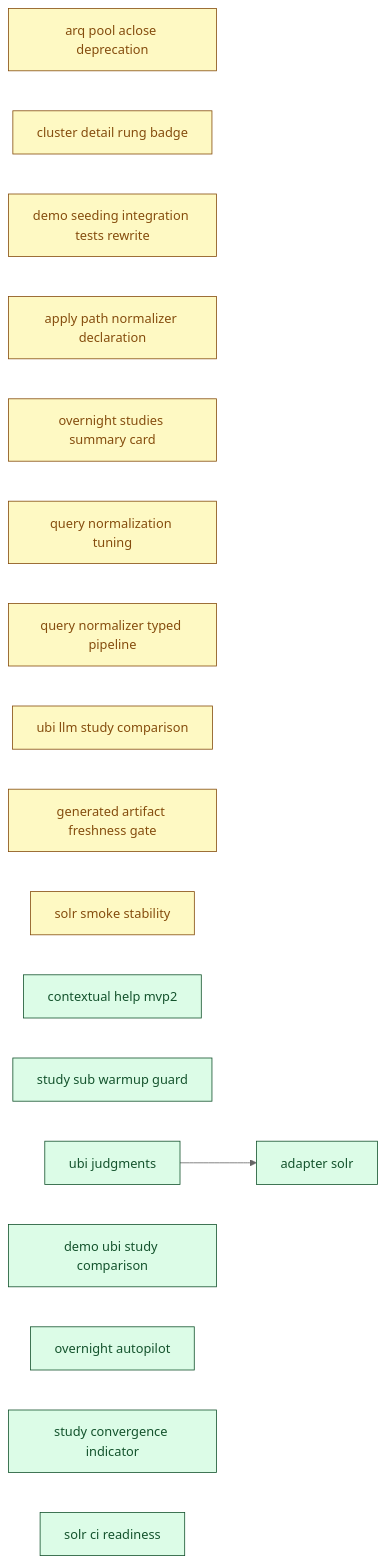
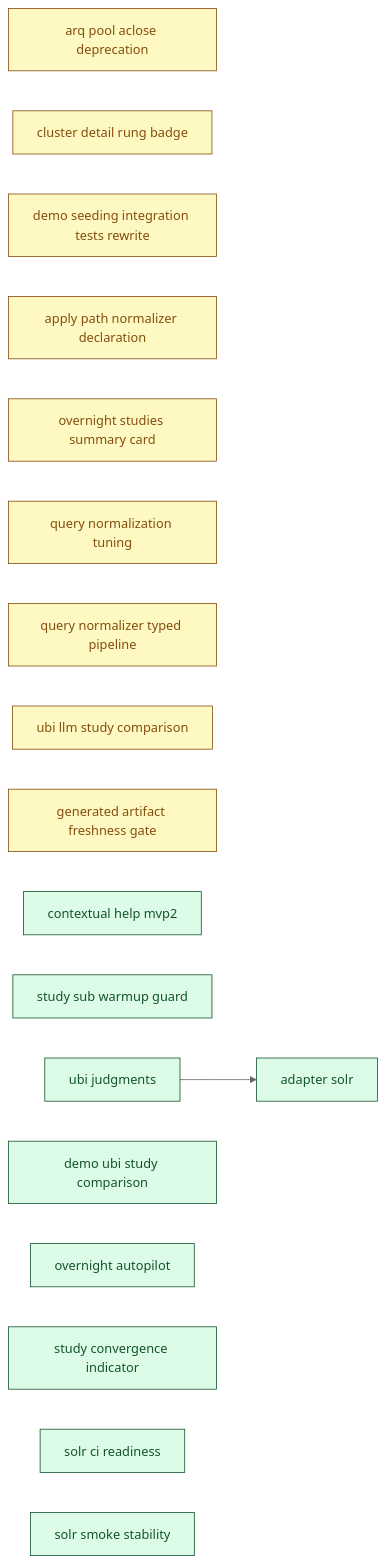
One commit to SoundMindsAI/relyloop changed the diagram in docs/00_overview/MVP2_DASHBOARD.md. Above: the diagram before and after it, drawn with Mermaid (neutral theme). The commit also changed other lines of this file and 10 other files, not shown here.

Commit message:
docs(state): finalize infra_solr_smoke_stability + folder move + dashboards (#385)

````diff
--- a/docs/00_overview/MVP2_DASHBOARD.md
+++ b/docs/00_overview/MVP2_DASHBOARD.md
@@ -104,45 +104,45 @@
 ```mermaid
 graph LR
   classDef done fill:#dcfce7,stroke:#14532d,color:#14532d;
   classDef implement fill:#ffedd5,stroke:#9a3412,color:#9a3412;
   classDef plan fill:#fef9c3,stroke:#854d0e,color:#854d0e;
   classDef spec fill:#dbeafe,stroke:#1e40af,color:#1e40af;
   classDef idea fill:#f1f5f9,stroke:#334155,color:#334155;
   chore_arq_pool_aclose_deprecation["arq pool aclose deprecation"]
   class chore_arq_pool_aclose_deprecation plan;
   chore_cluster_detail_rung_badge["cluster detail rung badge"]
   class chore_cluster_detail_rung_badge plan;
   chore_demo_seeding_integration_tests_rewrite["demo seeding integration tests rewrite"]
   class chore_demo_seeding_integration_tests_rewrite plan;
   feat_apply_path_normalizer_declaration["apply path normalizer declaration"]
   class feat_apply_path_normalizer_declaration plan;
   feat_overnight_studies_summary_card["overnight studies summary card"]
   class feat_overnight_studies_summary_card plan;
   feat_query_normalization_tuning["query normalization tuning"]
   class feat_query_normalization_tuning plan;
   feat_query_normalizer_typed_pipeline["query normalizer typed pipeline"]
   class feat_query_normalizer_typed_pipeline plan;
   feat_ubi_llm_study_comparison["ubi llm study comparison"]
   class feat_ubi_llm_study_comparison plan;
   infra_generated_artifact_freshness_gate["generated artifact freshness gate"]
   class infra_generated_artifact_freshness_gate plan;
-  infra_solr_smoke_stability["solr smoke stability"]
-  class infra_solr_smoke_stability plan;
   feat_contextual_help_mvp2["contextual help mvp2"]
   class feat_contextual_help_mvp2 done;
   feat_study_sub_warmup_guard["study sub warmup guard"]
   class feat_study_sub_warmup_guard done;
   feat_ubi_judgments["ubi judgments"]
   class feat_ubi_judgments done;
   feat_demo_ubi_study_comparison["demo ubi study comparison"]
   class feat_demo_ubi_study_comparison done;
   feat_overnight_autopilot["overnight autopilot"]
   class feat_overnight_autopilot done;
   infra_adapter_solr["adapter solr"]
   class infra_adapter_solr done;
   feat_study_convergence_indicator["study convergence indicator"]
   class feat_study_convergence_indicator done;
   infra_solr_ci_readiness["solr ci readiness"]
   class infra_solr_ci_readiness done;
+  infra_solr_smoke_stability["solr smoke stability"]
+  class infra_solr_smoke_stability done;
   feat_ubi_judgments --> infra_adapter_solr
 ```
````
